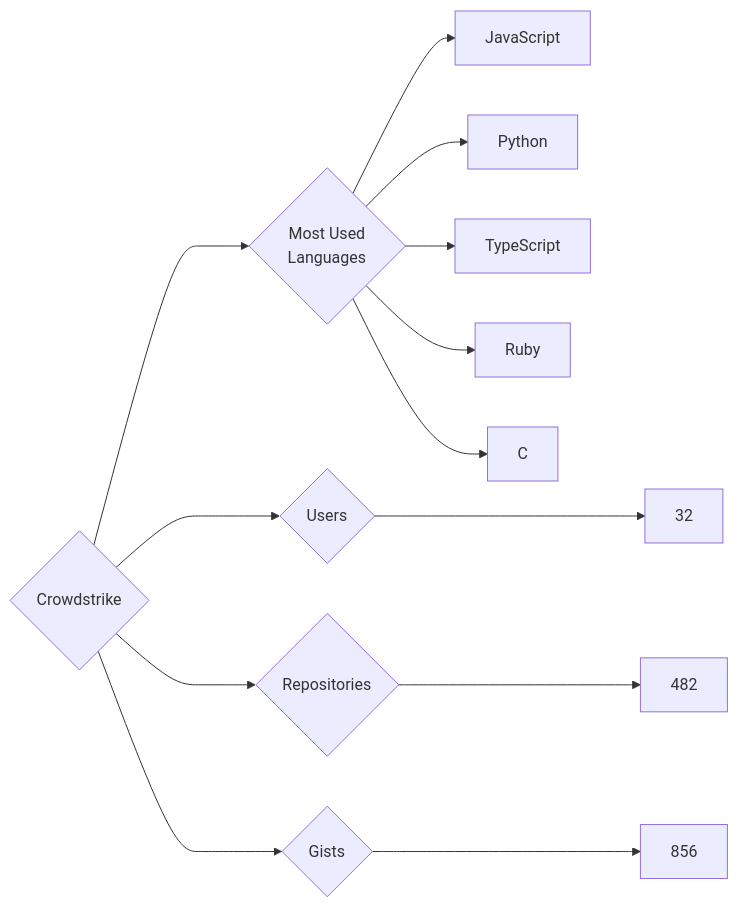
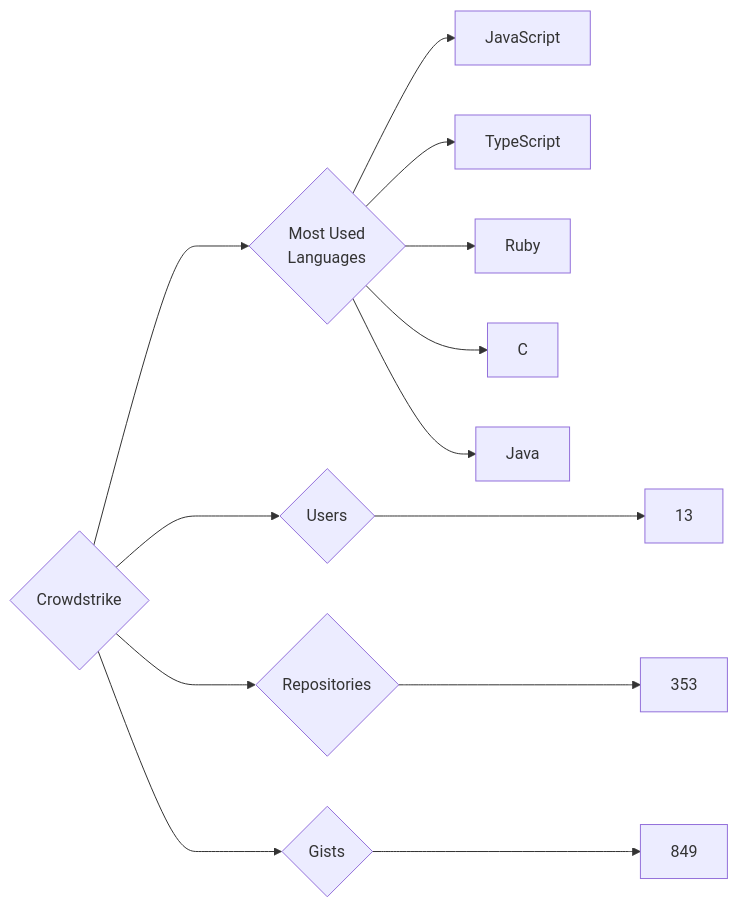
One commit to trickest/insiders changed the diagram in targets/Crowdstrike/README.md. Above: the diagram before and after it, drawn with Mermaid. The commit also changed 757 other files, not shown here.

````diff
--- a/targets/Crowdstrike/README.md
+++ b/targets/Crowdstrike/README.md
@@ -3,13 +3,13 @@
 ```mermaid
 graph LR
 COMPANY_NAME{Crowdstrike}
-COMPANY_NAME ---> U{Users} ---> UN[32]
-COMPANY_NAME ---> R{Repositories} ---> RN[482]
-COMPANY_NAME ---> G{Gists} ---> GN[856]
+COMPANY_NAME ---> U{Users} ---> UN[13]
+COMPANY_NAME ---> R{Repositories} ---> RN[353]
+COMPANY_NAME ---> G{Gists} ---> GN[849]
 COMPANY_NAME ---> ML{Most Used<br>Languages}
 ML --> JavaScript[JavaScript]
-ML --> Python[Python]
 ML --> TypeScript[TypeScript]
 ML --> Ruby[Ruby]
 ML --> C[C]
+ML --> Java[Java]
 ```
````
